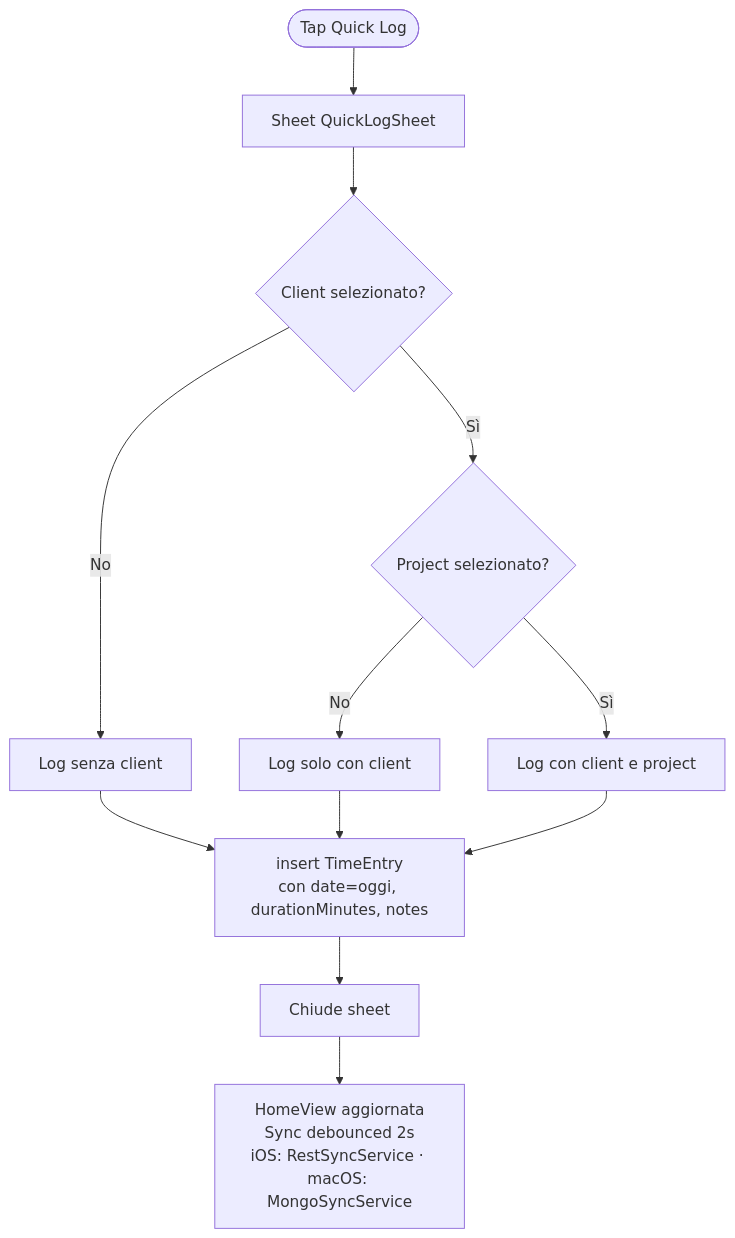
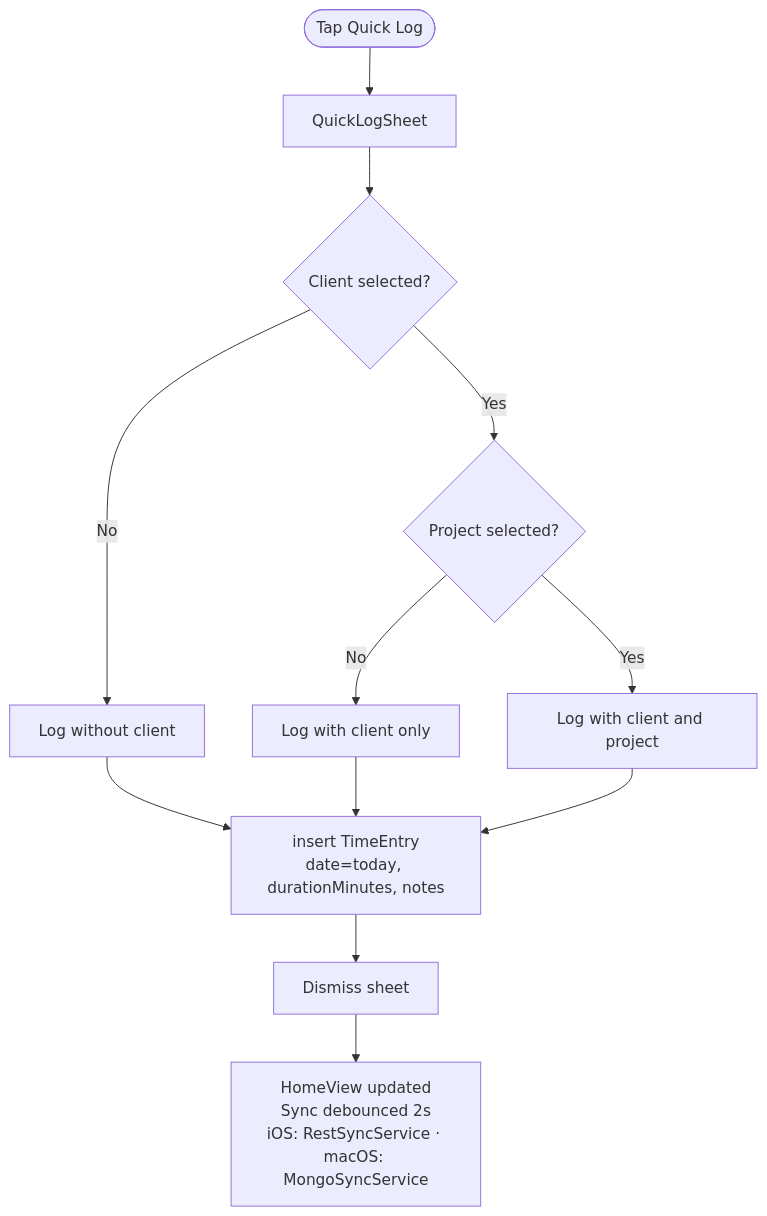
One commit to albertobarrago/timelog changed the second of 10 diagrams in docs/03-flussi.md. Above: the diagram before and after it, drawn with Mermaid. The commit also changed other lines of this file and 12 other files, not shown here.

First line of the commit message:
fix: project picker reactivity + macOS modal redesign + docs EN

````diff
--- a/docs/03-flussi.md
+++ b/docs/03-flussi.md
@@ -38,12 +38,12 @@
 ```mermaid
 flowchart TD
-    A([Tap Quick Log]) --> B[Sheet QuickLogSheet]
-    B --> C{Client selezionato?}
-    C -->|No| D[Log senza client]
-    C -->|Sì| E{Project selezionato?}
-    E -->|No| F[Log solo con client]
-    E -->|Sì| G[Log con client e project]
-    D & F & G --> H[insert TimeEntry\ncon date=oggi, durationMinutes, notes]
-    H --> I[Chiude sheet]
-    I --> J[HomeView aggiornata\nSync debounced 2s\niOS: RestSyncService · macOS: MongoSyncService]
+    A([Tap Quick Log]) --> B[QuickLogSheet]
+    B --> C{Client selected?}
+    C -->|No| D[Log without client]
+    C -->|Yes| E{Project selected?}
+    E -->|No| F[Log with client only]
+    E -->|Yes| G[Log with client and project]
+    D & F & G --> H[insert TimeEntry\ndate=today, durationMinutes, notes]
+    H --> I[Dismiss sheet]
+    I --> J[HomeView updated\nSync debounced 2s\niOS: RestSyncService · macOS: MongoSyncService]
 ```
````
